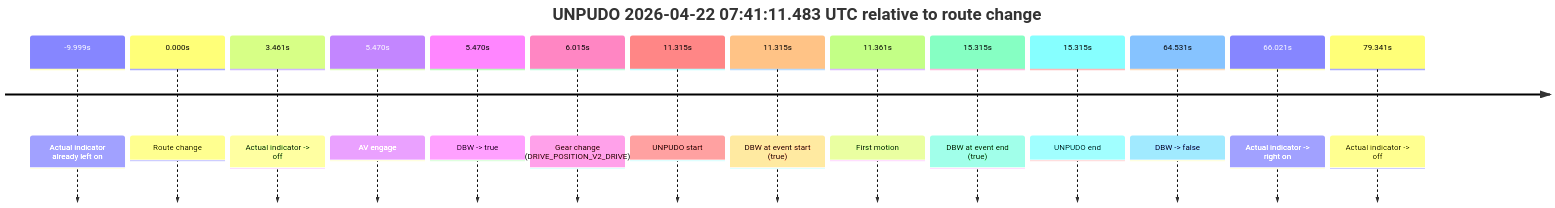
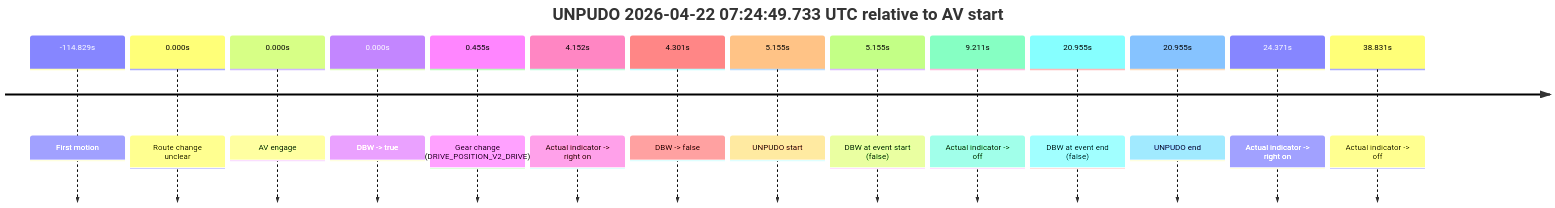
Before and after one commit to yoelshapiro/vault: the ninth of 11 diagrams in model_analysis/report_cards/2026/04/Week-4/fme20030--2026-04-22--06-09-20--gen2-av-c27c49e5-a980-4763-9814-f0b74abf9699.md, drawn with Mermaid. The commit also changed other lines of this file and 53 other files, not shown here.

````diff
--- a/model_analysis/report_cards/2026/04/Week-4/fme20030--2026-04-22--06-09-20--gen2-av-c27c49e5-a980-4763-9814-f0b74abf9699.md
+++ b/model_analysis/report_cards/2026/04/Week-4/fme20030--2026-04-22--06-09-20--gen2-av-c27c49e5-a980-4763-9814-f0b74abf9699.md
@@ -819,18 +815,18 @@
 ```mermaid
 timeline
-    title UNPUDO 2026-04-22 07:41:11.483 UTC relative to route change
-    -9.999s : Actual indicator already left on
-    0.000s : Route change
-    3.461s : Actual indicator -> off
-    5.470s : AV engage
-    5.470s : DBW -> true
-    6.015s : Gear change (DRIVE_POSITION_V2_DRIVE)
-    11.315s : UNPUDO start
-    11.315s : DBW at event start (true)
-    11.361s : First motion
-    15.315s : DBW at event end (true)
-    15.315s : UNPUDO end
-    64.531s : DBW -> false
-    66.021s : Actual indicator -> right on
-    79.341s : Actual indicator -> off
+    title UNPUDO 2026-04-22 07:24:49.733 UTC relative to AV start
+    -114.829s : First motion
+    0.000s : Route change unclear
+    0.000s : AV engage
+    0.000s : DBW -> true
+    0.455s : Gear change (DRIVE_POSITION_V2_DRIVE)
+    4.152s : Actual indicator -> right on
+    4.301s : DBW -> false
+    5.155s : UNPUDO start
+    5.155s : DBW at event start (false)
+    9.211s : Actual indicator -> off
+    20.955s : DBW at event end (false)
+    20.955s : UNPUDO end
+    24.371s : Actual indicator -> right on
+    38.831s : Actual indicator -> off
 ```
````
